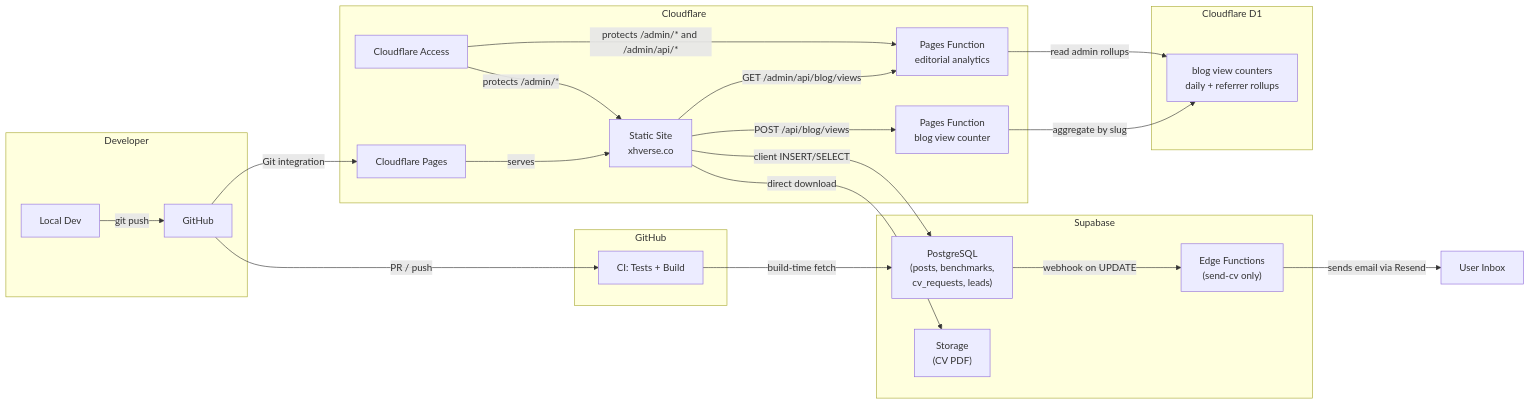
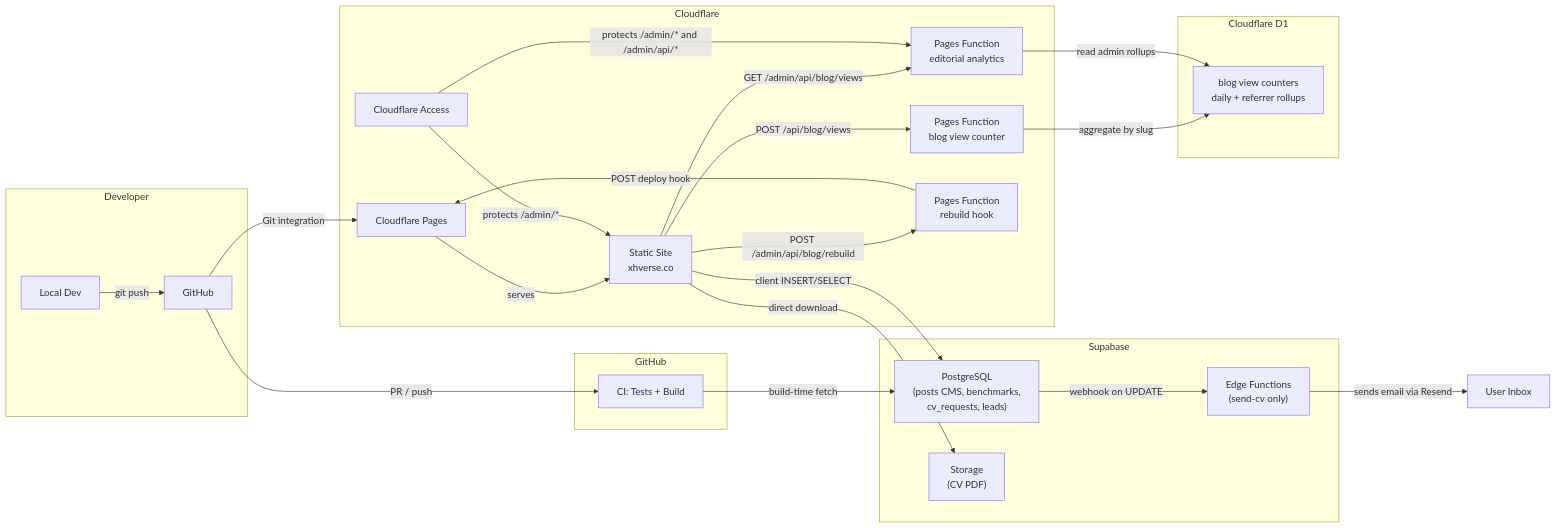
Before and after one commit to devruji/xhverse-site: the diagram in README.md, drawn with Mermaid. The commit also changed other lines of this file and 29 other files, not shown here.

````diff
--- a/README.md
+++ b/README.md
@@ -24,39 +24,41 @@
 ```mermaid
 graph LR
     subgraph Developer
         A[Local Dev] -->|git push| B[GitHub]
     end
 
     subgraph GitHub
         B -->|PR / push| C[CI: Tests + Build]
     end
 
     subgraph Cloudflare
         B -->|Git integration| D[Cloudflare Pages]
         D -->|serves| E["Static Site<br/>xhverse.co"]
         F["Cloudflare Access"] -->|protects /admin/*| E
         E -->|POST /api/blog/views| K["Pages Function<br/>blog view counter"]
         E -->|GET /admin/api/blog/views| L["Pages Function<br/>editorial analytics"]
+        E -->|POST /admin/api/blog/rebuild| N["Pages Function<br/>rebuild hook"]
         F -->|protects /admin/* and /admin/api/*| L
     end
 
     subgraph Supabase
-        G["PostgreSQL<br/>(posts, benchmarks,<br/>cv_requests, leads)"]
+        G["PostgreSQL<br/>(posts CMS, benchmarks,<br/>cv_requests, leads)"]
         H["Storage<br/>(CV PDF)"]
         I["Edge Functions<br/>(send-cv only)"]
     end
 
     subgraph CloudflareD1["Cloudflare D1"]
         M["blog view counters<br/>daily + referrer rollups"]
     end
 
     C -->|build-time fetch| G
+    N -->|POST deploy hook| D
     E -->|client INSERT/SELECT| G
     E -->|direct download| H
     G -->|webhook on UPDATE| I
     I -->|sends email via Resend| J[User Inbox]
     K -->|aggregate by slug| M
     L -->|read admin rollups| M
 
     %% v3 deferred: no unique visitor tracking or fingerprinting in this phase
 ```
````
